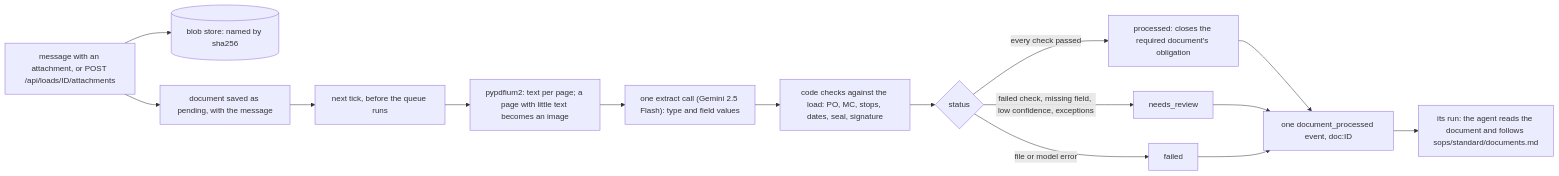
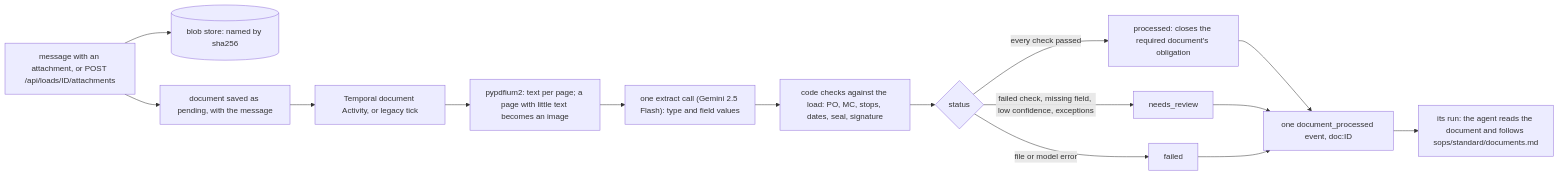
The eighth of 11 diagrams in docs/architecture.md (pedrocwb/freight-hero-assessment), drawn with Mermaid before and after one commit. The commit also changed other lines of this file and 10 other files, not shown here.

````diff
--- a/docs/architecture.md
+++ b/docs/architecture.md
@@ -324,17 +357,17 @@
 ```mermaid
 flowchart LR
   upload["message with an attachment, or POST /api/loads/ID/attachments"] --> blob[("blob store: named by sha256")]
   upload --> pending["document saved as pending, with the message"]
-  pending --> tick["next tick, before the queue runs"]
+  pending --> tick["Temporal document Activity, or legacy tick"]
   tick --> pages["pypdfium2: text per page; a page with little text becomes an image"]
   pages --> extract["one extract call (Gemini 2.5 Flash): type and field values"]
   extract --> checks["code checks against the load: PO, MC, stops, dates, seal, signature"]
   checks --> status{"status"}
   status -- "every check passed" --> processed["processed: closes the required document's obligation"]
   status -- "failed check, missing field, low confidence, exceptions" --> review["needs_review"]
   status -- "file or model error" --> failed["failed"]
   processed --> event["one document_processed event, doc:ID"]
   review --> event
   failed --> event
   event --> run["its run: the agent reads the document and follows sops/standard/documents.md"]
 ```
````
